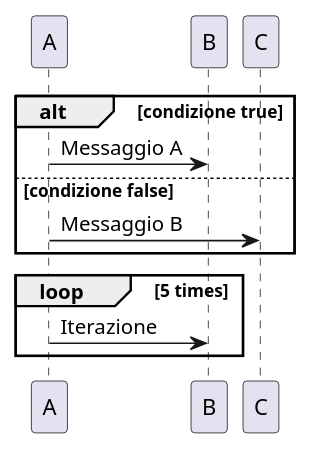
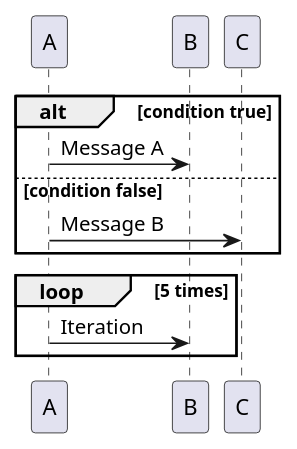
Before and after one commit to Seniorsimo/sas-template: the seventh of 32 diagrams in 03-behavioral-diagrams/sequence-diagrams/README.md, drawn with PlantUML. The commit also changed other lines of this file and 49 other files, not shown here.

````diff
--- a/03-behavioral-diagrams/sequence-diagrams/README.md
+++ b/03-behavioral-diagrams/sequence-diagrams/README.md
@@ -69,11 +69,11 @@
 ```plantuml
-alt condizione true
-  A -> B: Messaggio A
-else condizione false
-  A -> C: Messaggio B
+alt condition true
+  A -> B: Message A
+else condition false
+  A -> C: Message B
 end
 
 loop 5 times
-  A -> B: Iterazione
+  A -> B: Iteration
 end
 ```
````
